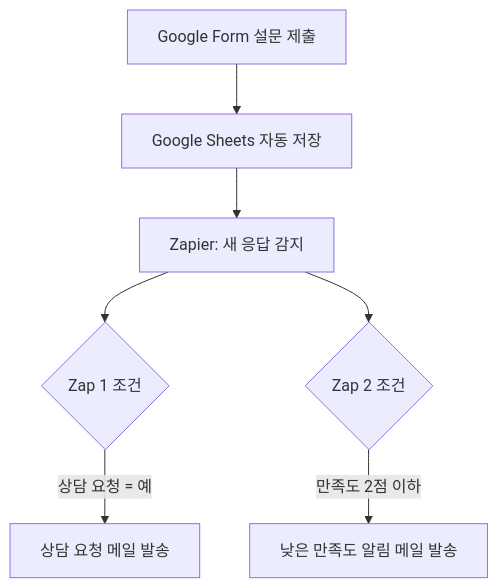
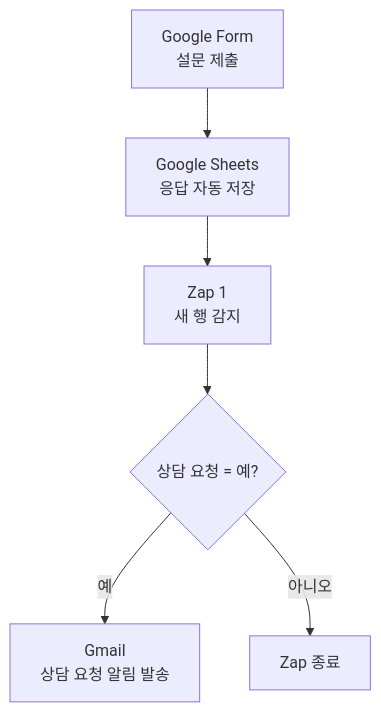
Before and after one commit to jjjoy1114/codyssey_ai_native: the second of 3 diagrams in project-03/README.md, drawn with Mermaid. The commit also changed other lines of this file, not shown here.

````diff
--- a/project-03/README.md
+++ b/project-03/README.md
@@ -95,11 +128,9 @@
 ```mermaid
 flowchart TD
-    A[Google Form 설문 제출] --> B[Google Sheets 자동 저장]
-    B --> C[Zapier: 새 응답 감지]
+    A["Google Form<br/>설문 제출"] --> B["Google Sheets<br/>응답 자동 저장"]
+    B --> C["Zap 1<br/>새 행 감지"]
+    C --> D{"상담 요청 = 예?"}
 
-    C --> D{Zap 1 조건}
-    D -->|상담 요청 = 예| E[상담 요청 메일 발송]
-
-    C --> F{Zap 2 조건}
-    F -->|만족도 2점 이하| G[낮은 만족도 알림 메일 발송]
+    D -->|"예"| E["Gmail<br/>상담 요청 알림 발송"]
+    D -->|"아니오"| F["Zap 종료"]
 ```
````
